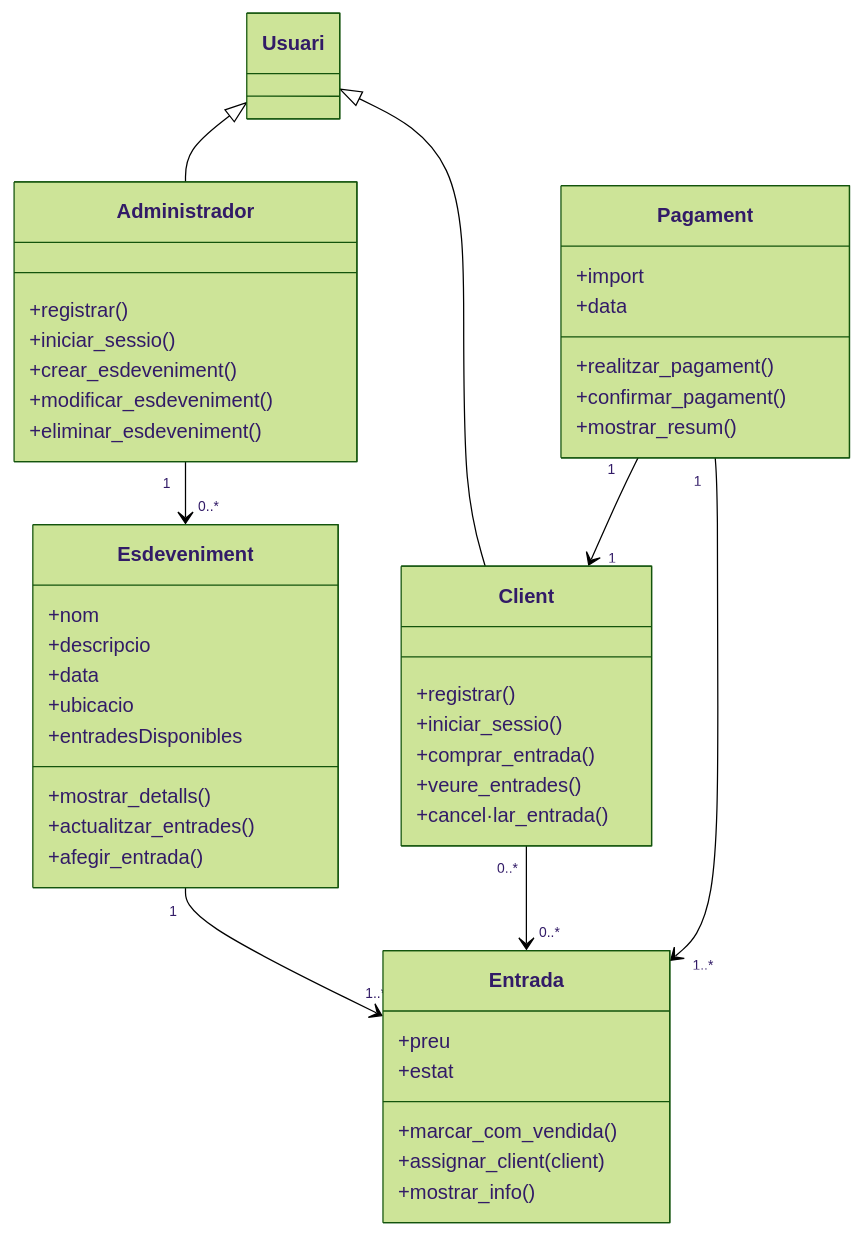
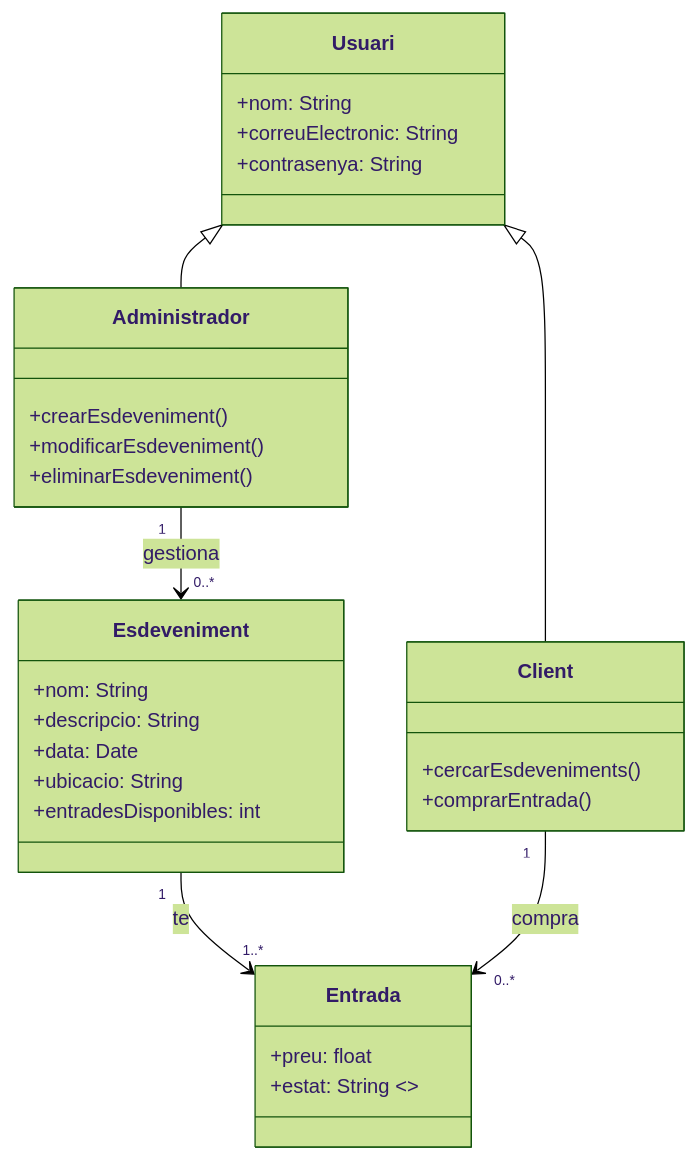
Before and after one commit to Heros190/Entorns-25-26: the diagram in Diagram3.mmd, drawn with Mermaid (forest theme).

Commit message:
M3 mejorado

```diff
--- a/Diagram3.mmd
+++ b/Diagram3.mmd
@@ -1,42 +1,37 @@
 classDiagram
+    class Usuari {
+        +nom: String
+        +correuElectronic: String
+        +contrasenya: String
+    }
+
+    class Client {
+        +cercarEsdeveniments()
+        +comprarEntrada()
+    }
+
+    class Administrador {
+        +crearEsdeveniment()
+        +modificarEsdeveniment()
+        +eliminarEsdeveniment()
+    }
+
+    class Esdeveniment {
+        +nom: String
+        +descripcio: String
+        +data: Date
+        +ubicacio: String
+        +entradesDisponibles: int
+    }
+
+    class Entrada {
+        +preu: float
+        +estat: String  <<Disponible | Venuda>>
+    }
+
     Usuari <|-- Client
     Usuari <|-- Administrador
 
-    Client : +registrar()
-    Client : +iniciar_sessio()
-    Client : +comprar_entrada()
-    Client : +veure_entrades()
-    Client : +cancel·lar_entrada()
-
-    Administrador : +registrar()
-    Administrador : +iniciar_sessio()
-    Administrador : +crear_esdeveniment()
-    Administrador : +modificar_esdeveniment()
-    Administrador : +eliminar_esdeveniment()
-
-    Esdeveniment : +nom
-    Esdeveniment : +descripcio
-    Esdeveniment : +data
-    Esdeveniment : +ubicacio
-    Esdeveniment : +entradesDisponibles
-    Esdeveniment : +mostrar_detalls()
-    Esdeveniment : +actualitzar_entrades()
-    Esdeveniment : +afegir_entrada()
-
-    Entrada : +preu
-    Entrada : +estat
-    Entrada : +marcar_com_vendida()
-    Entrada : +assignar_client(client)
-    Entrada : +mostrar_info()
-
-    Pagament : +import
-    Pagament : +data
-    Pagament : +realitzar_pagament()
-    Pagament : +confirmar_pagament()
-    Pagament : +mostrar_resum()
-
-    Administrador "1" --> "0..*" Esdeveniment
-    Esdeveniment "1" --> "1..*" Entrada
-    Client "0..*" --> "0..*" Entrada
-    Pagament "1" --> "1..*" Entrada
-    Pagament "1" --> "1" Client
+    Administrador "1" --> "0..*" Esdeveniment : gestiona
+    Esdeveniment "1" --> "1..*" Entrada : te
+    Client "1" --> "0..*" Entrada : compra
```
